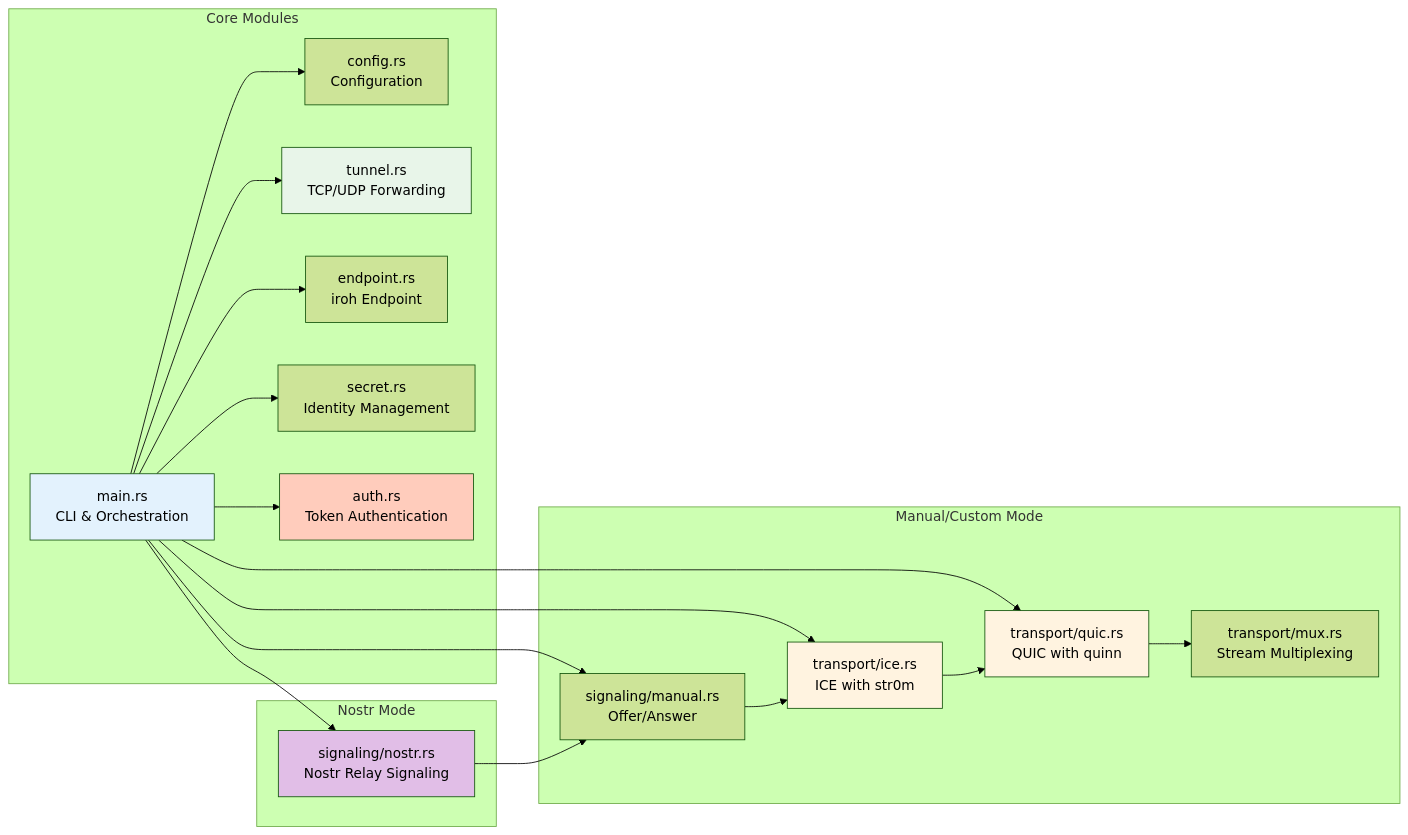
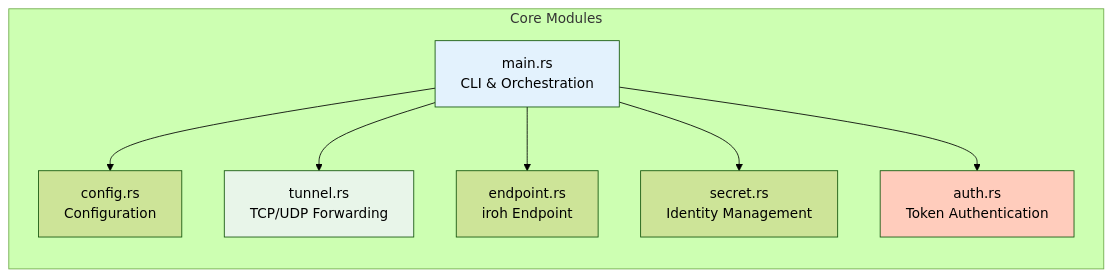
Before and after one commit to andrewtheguy/tunnel-rs: the second of 22 diagrams in docs/ARCHITECTURE.md, drawn with Mermaid (forest theme). The commit also changed other lines of this file and 54 other files, not shown here.

````diff
--- a/docs/ARCHITECTURE.md
+++ b/docs/ARCHITECTURE.md
@@ -78,44 +53,21 @@
 ```mermaid
 graph LR
     subgraph "Core Modules"
         A[main.rs<br/>CLI & Orchestration]
         B[config.rs<br/>Configuration]
         C[tunnel.rs<br/>TCP/UDP Forwarding]
         D[endpoint.rs<br/>iroh Endpoint]
         E[secret.rs<br/>Identity Management]
         E2[auth.rs<br/>Token Authentication]
     end
 
-    subgraph "Manual/Custom Mode"
-        F[transport/ice.rs<br/>ICE with str0m]
-        G[transport/quic.rs<br/>QUIC with quinn]
-        H[signaling/manual.rs<br/>Offer/Answer]
-        I[transport/mux.rs<br/>Stream Multiplexing]
-    end
-
-    subgraph "Nostr Mode"
-        J[signaling/nostr.rs<br/>Nostr Relay Signaling]
-    end
-
     A --> B
     A --> C
     A --> D
     A --> E
     A --> E2
-    A --> F
-    A --> G
-    A --> H
-    A --> J
-
-    F --> G
-    H --> F
-    J --> H
-    G --> I
 
     style A fill:#E3F2FD
     style C fill:#E8F5E9
     style E2 fill:#FFCCBC
-    style F fill:#FFF3E0
-    style G fill:#FFF3E0
-    style J fill:#E1BEE7
 ```
````
